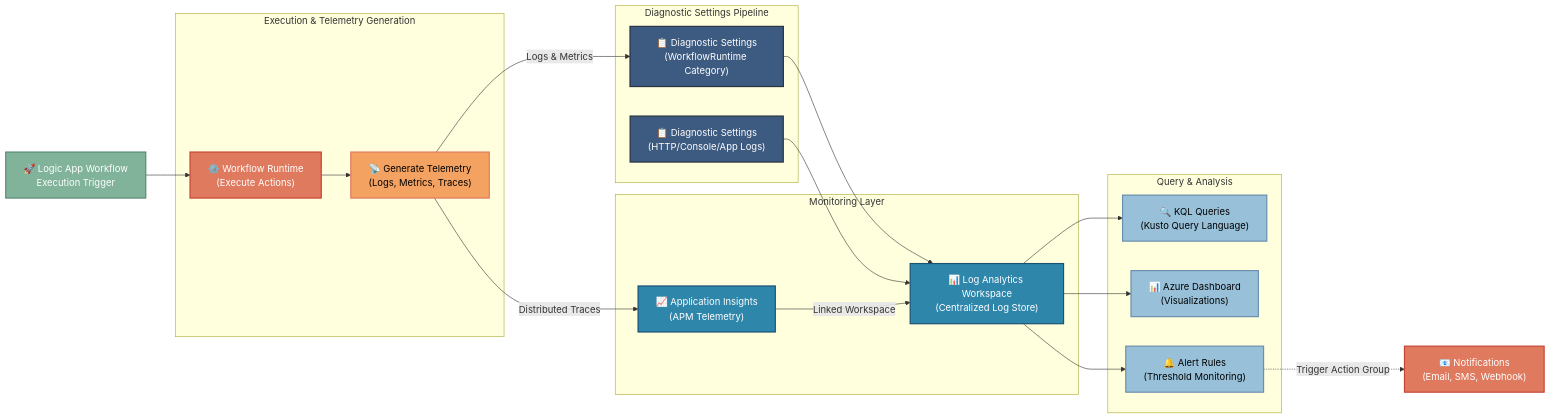
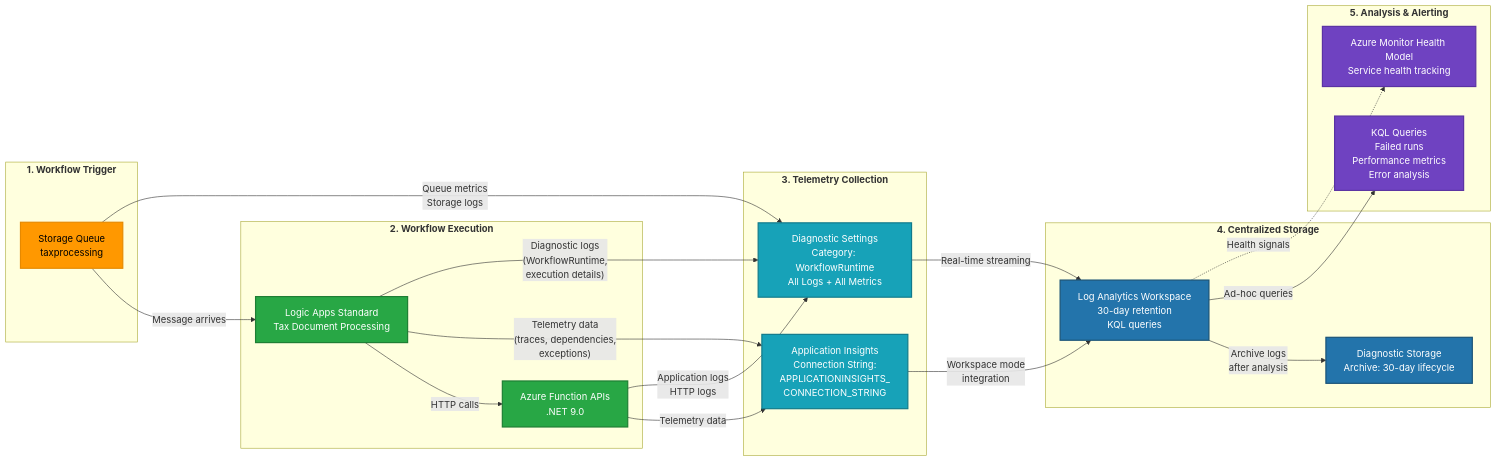
The second of 2 diagrams in README.md (Evilazaro/Azure-LogicApps-Monitoring), drawn with Mermaid before and after one commit. The commit also changed other lines of this file, not shown here.

Commit message:
Implement feature X to enhance user experience and optimize performance

````diff
--- a/README.md
+++ b/README.md
@@ -168,53 +194,57 @@
 ```mermaid
 flowchart LR
-    START["🚀 Logic App Workflow<br/>Execution Trigger"]
-    
-    subgraph "Execution & Telemetry Generation"
-        RUNTIME["⚙️ Workflow Runtime<br/>(Execute Actions)"]
-        TELEMETRY["📡 Generate Telemetry<br/>(Logs, Metrics, Traces)"]
+    subgraph Trigger["<b>1. Workflow Trigger</b>"]
+        Queue["Storage Queue<br/>taxprocessing"]
     end
     
-    subgraph "Diagnostic Settings Pipeline"
-        DS_LA["📋 Diagnostic Settings<br/>(WorkflowRuntime Category)"]
-        DS_FUNC["📋 Diagnostic Settings<br/>(HTTP/Console/App Logs)"]
+    subgraph Execution["<b>2. Workflow Execution</b>"]
+        LogicApp["Logic Apps Standard<br/>Tax Document Processing"]
+        Function["Azure Function APIs<br/>.NET 9.0"]
     end
     
-    subgraph "Monitoring Layer"
-        LAW["📊 Log Analytics Workspace<br/>(Centralized Log Store)"]
-        AI["📈 Application Insights<br/>(APM Telemetry)"]
+    subgraph Telemetry["<b>3. Telemetry Collection</b>"]
+        AppInsights["Application Insights<br/>Connection String:<br/>APPLICATIONINSIGHTS_<br/>CONNECTION_STRING"]
+        DiagSettings["Diagnostic Settings<br/>Category: WorkflowRuntime<br/>All Logs + All Metrics"]
     end
     
-    subgraph "Query & Analysis"
-        KQL["🔍 KQL Queries<br/>(Kusto Query Language)"]
-        DASHBOARD["📊 Azure Dashboard<br/>(Visualizations)"]
-        ALERTS["🔔 Alert Rules<br/>(Threshold Monitoring)"]
+    subgraph Aggregation["<b>4. Centralized Storage</b>"]
+        LAW["Log Analytics Workspace<br/>30-day retention<br/>KQL queries"]
+        DiagStorage["Diagnostic Storage<br/>Archive: 30-day lifecycle"]
     end
     
-    START --> RUNTIME
-    RUNTIME --> TELEMETRY
+    subgraph Analysis["<b>5. Analysis & Alerting</b>"]
+        Queries["KQL Queries<br/>Failed runs<br/>Performance metrics<br/>Error analysis"]
+        HealthModel["Azure Monitor Health Model<br/>Service health tracking"]
+    end
     
-    TELEMETRY -->|"Logs & Metrics"| DS_LA
-    TELEMETRY -->|"Distributed Traces"| AI
+    Queue -->|"Message arrives"| LogicApp
+    LogicApp -->|"HTTP calls"| Function
     
-    DS_LA --> LAW
-    DS_FUNC --> LAW
-    AI -->|"Linked Workspace"| LAW
+    LogicApp -->|"Telemetry data<br/>(traces, dependencies,<br/>exceptions)"| AppInsights
+    Function -->|"Telemetry data"| AppInsights
     
-    LAW --> KQL
-    LAW --> DASHBOARD
-    LAW --> ALERTS
+    LogicApp -->|"Diagnostic logs<br/>(WorkflowRuntime,<br/>execution details)"| DiagSettings
+    Function -->|"Application logs<br/>HTTP logs"| DiagSettings
+    Queue -->|"Queue metrics<br/>Storage logs"| DiagSettings
     
-    ALERTS -.->|"Trigger Action Group"| NOTIFY["📧 Notifications<br/>(Email, SMS, Webhook)"]
+    DiagSettings -->|"Real-time streaming"| LAW
+    AppInsights -->|"Workspace mode<br/>integration"| LAW
     
-    style START fill:#81B29A,stroke:#5A8A74,stroke-width:2px,color:#fff
-    style RUNTIME fill:#E07A5F,stroke:#C44536,stroke-width:2px,color:#fff
-    style TELEMETRY fill:#F4A261,stroke:#E07A5F,stroke-width:2px,color:#000
-    style DS_LA fill:#3D5A80,stroke:#293241,stroke-width:2px,color:#fff
-    style DS_FUNC fill:#3D5A80,stroke:#293241,stroke-width:2px,color:#fff
-    style LAW fill:#2E86AB,stroke:#1A5276,stroke-width:2px,color:#fff
-    style AI fill:#2E86AB,stroke:#1A5276,stroke-width:2px,color:#fff
-    style KQL fill:#98C1D9,stroke:#6A8EAE,stroke-width:2px,color:#000
-    style DASHBOARD fill:#98C1D9,stroke:#6A8EAE,stroke-width:2px,color:#000
-    style ALERTS fill:#98C1D9,stroke:#6A8EAE,stroke-width:2px,color:#000
-    style NOTIFY fill:#E07A5F,stroke:#C44536,stroke-width:2px,color:#fff
+    LAW -->|"Archive logs<br/>after analysis"| DiagStorage
+    
+    LAW -->|"Ad-hoc queries"| Queries
+    LAW -.->|"Health signals"| HealthModel
+    
+    %% Styling
+    classDef trigger fill:#ff9800,stroke:#e68900,stroke-width:2px,color:#000000
+    classDef execution fill:#28a745,stroke:#1e7e34,stroke-width:2px,color:#ffffff
+    classDef telemetry fill:#17a2b8,stroke:#117a8b,stroke-width:2px,color:#ffffff
+    classDef aggregation fill:#2374ab,stroke:#1a5276,stroke-width:2px,color:#ffffff
+    classDef analysis fill:#6f42c1,stroke:#5a32a3,stroke-width:2px,color:#ffffff
+    
+    class Queue trigger
+    class LogicApp,Function execution
+    class AppInsights,DiagSettings telemetry
+    class LAW,DiagStorage aggregation
+    class Queries,HealthModel analysis
 ```
````
